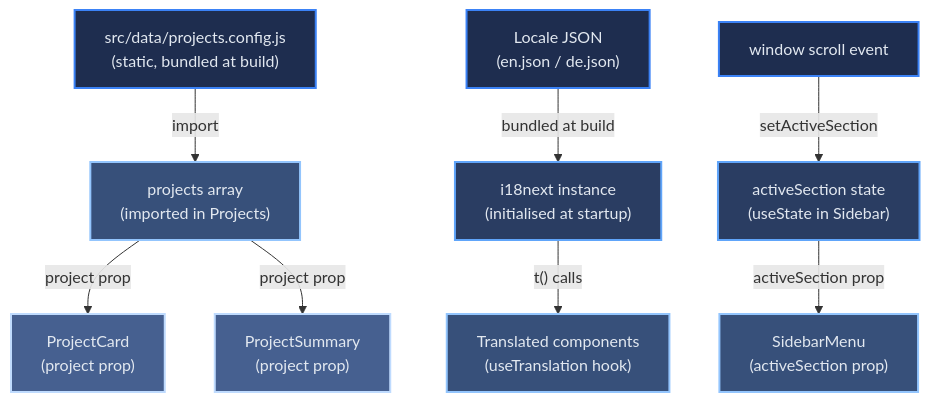
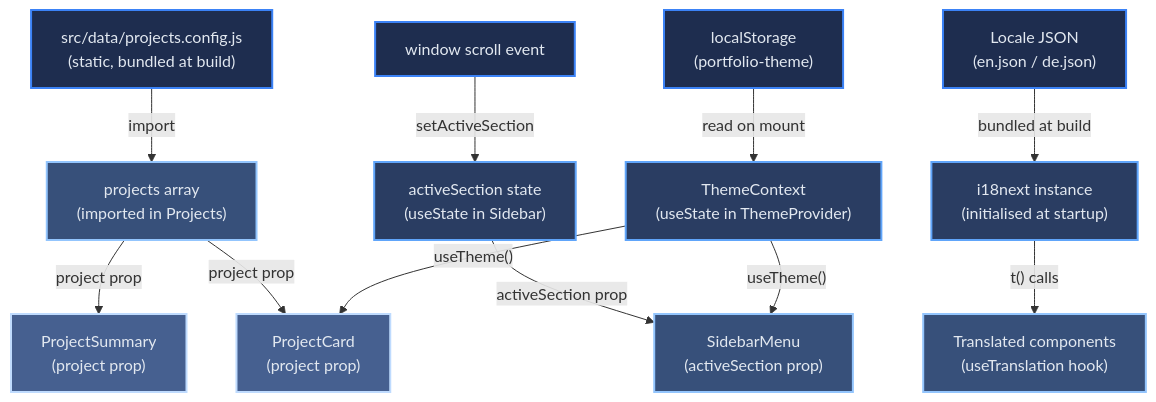
One commit to Keglev/my-portfolio changed the diagram in docs/architecture/06-runtime.md. Above: the diagram before and after it, drawn with Mermaid. The commit also changed other lines of this file and 1 other file, not shown here.

````diff
--- a/docs/architecture/06-runtime.md
+++ b/docs/architecture/06-runtime.md
@@ -22,31 +22,36 @@
 ```mermaid
 flowchart TD
     ProjectsConfig["src/data/projects.config.js\n(static, bundled at build)"]
     ProjectsState["projects array\n(imported in Projects)"]
     ProjectCard["ProjectCard\n(project prop)"]
     ProjectSummary["ProjectSummary\n(project prop)"]
     LocaleFiles["Locale JSON\n(en.json / de.json)"]
     i18next["i18next instance\n(initialised at startup)"]
     AllComponents["Translated components\n(useTranslation hook)"]
     ScrollEvent["window scroll event"]
     ActiveSectionState["activeSection state\n(useState in Sidebar)"]
     SidebarMenu["SidebarMenu\n(activeSection prop)"]
+    ThemeStorage["localStorage\n(portfolio-theme)"]
+    ThemeContext["ThemeContext\n(useState in ThemeProvider)"]
 
     ProjectsConfig -->|"import"| ProjectsState
     ProjectsState -->|"project prop"| ProjectCard
     ProjectsState -->|"project prop"| ProjectSummary
     LocaleFiles -->|"bundled at build"| i18next
     i18next -->|"t() calls"| AllComponents
     ScrollEvent -->|"setActiveSection"| ActiveSectionState
     ActiveSectionState -->|"activeSection prop"| SidebarMenu
+    ThemeStorage -->|"read on mount"| ThemeContext
+    ThemeContext -->|"useTheme()"| ProjectCard
+    ThemeContext -->|"useTheme()"| SidebarMenu
 
-    class ProjectsConfig,LocaleFiles,ScrollEvent l1
-    class i18next,ActiveSectionState l2
+    class ProjectsConfig,LocaleFiles,ScrollEvent,ThemeStorage l1
+    class i18next,ActiveSectionState,ThemeContext l2
     class ProjectsState,AllComponents,SidebarMenu l3
     class ProjectCard,ProjectSummary l4
 
     classDef l1 fill:#1e2d4f,stroke:#3B82F6,stroke-width:2px,color:#E2E8F0
     classDef l2 fill:#2a3d62,stroke:#60A5FA,stroke-width:2px,color:#E2E8F0
     classDef l3 fill:#37507a,stroke:#93C5FD,stroke-width:2px,color:#E2E8F0
     classDef l4 fill:#466090,stroke:#BFDBFE,stroke-width:2px,color:#E2E8F0
 ```
````
